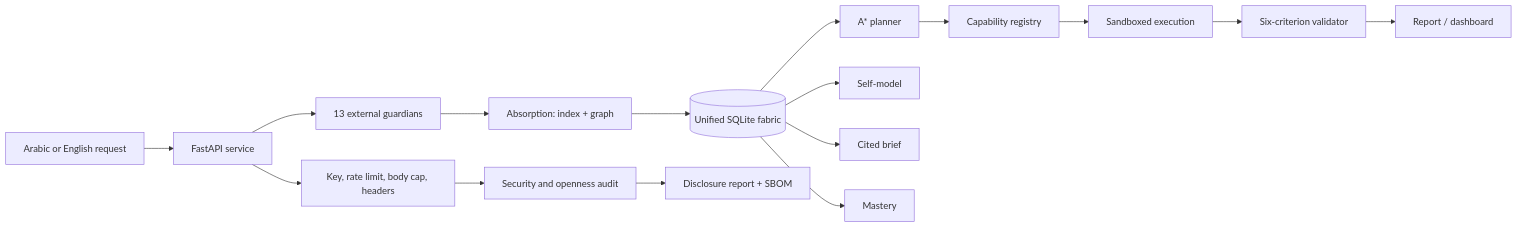
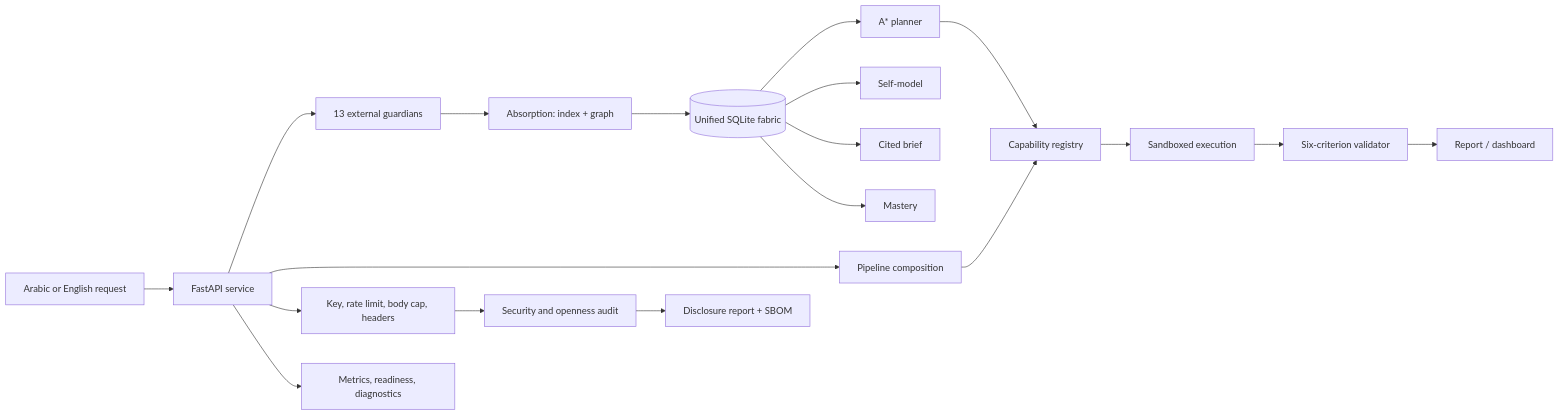
Before and after one commit to mansourhashad8-tech/sovereign-fabric: the diagram in docs/ARCHITECTURE.md, drawn with Mermaid. The commit also changed other lines of this file and 14 other files, not shown here.

````diff
--- a/docs/ARCHITECTURE.md
+++ b/docs/ARCHITECTURE.md
@@ -3,18 +3,21 @@
 ```mermaid
 flowchart LR
   U[Arabic or English request] --> API[FastAPI service]
   API --> G[13 external guardians]
   G --> A[Absorption: index + graph]
   A --> F[(Unified SQLite fabric)]
   F --> P[A* planner]
   P --> C[Capability registry]
   C --> X[Sandboxed execution]
+  API --> PL[Pipeline composition]
+  PL --> C
   X --> V[Six-criterion validator]
   V --> R[Report / dashboard]
   F --> S[Self-model]
   F --> B[Cited brief]
   F --> M[Mastery]
   API --> GUARD[Key, rate limit, body cap, headers]
+  API --> OPS[Metrics, readiness, diagnostics]
   GUARD --> SEC[Security and openness audit]
   SEC --> D[Disclosure report + SBOM]
 ```
````
